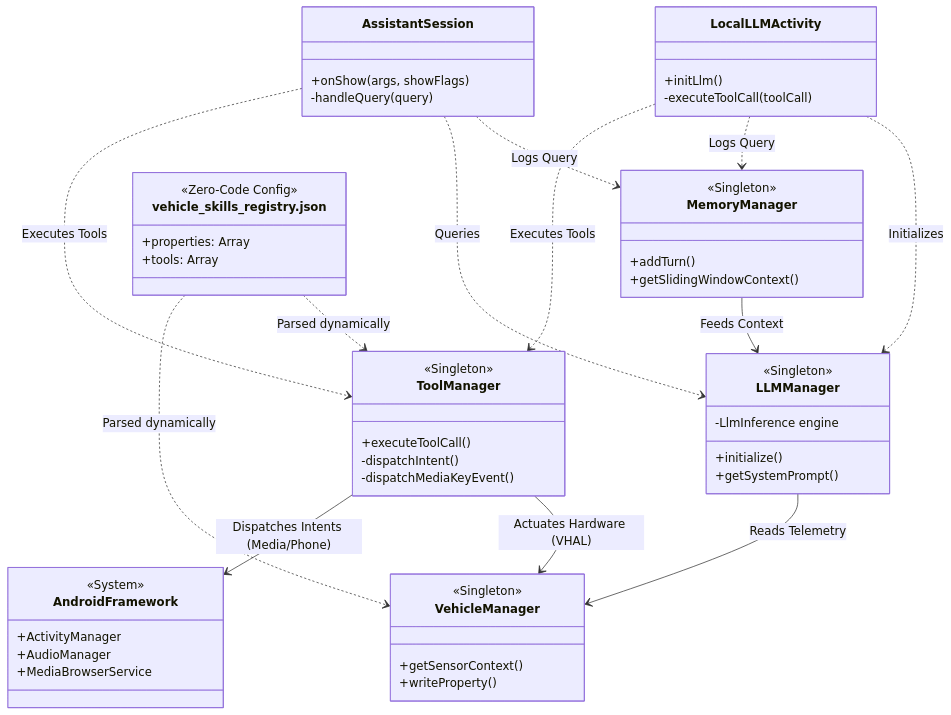
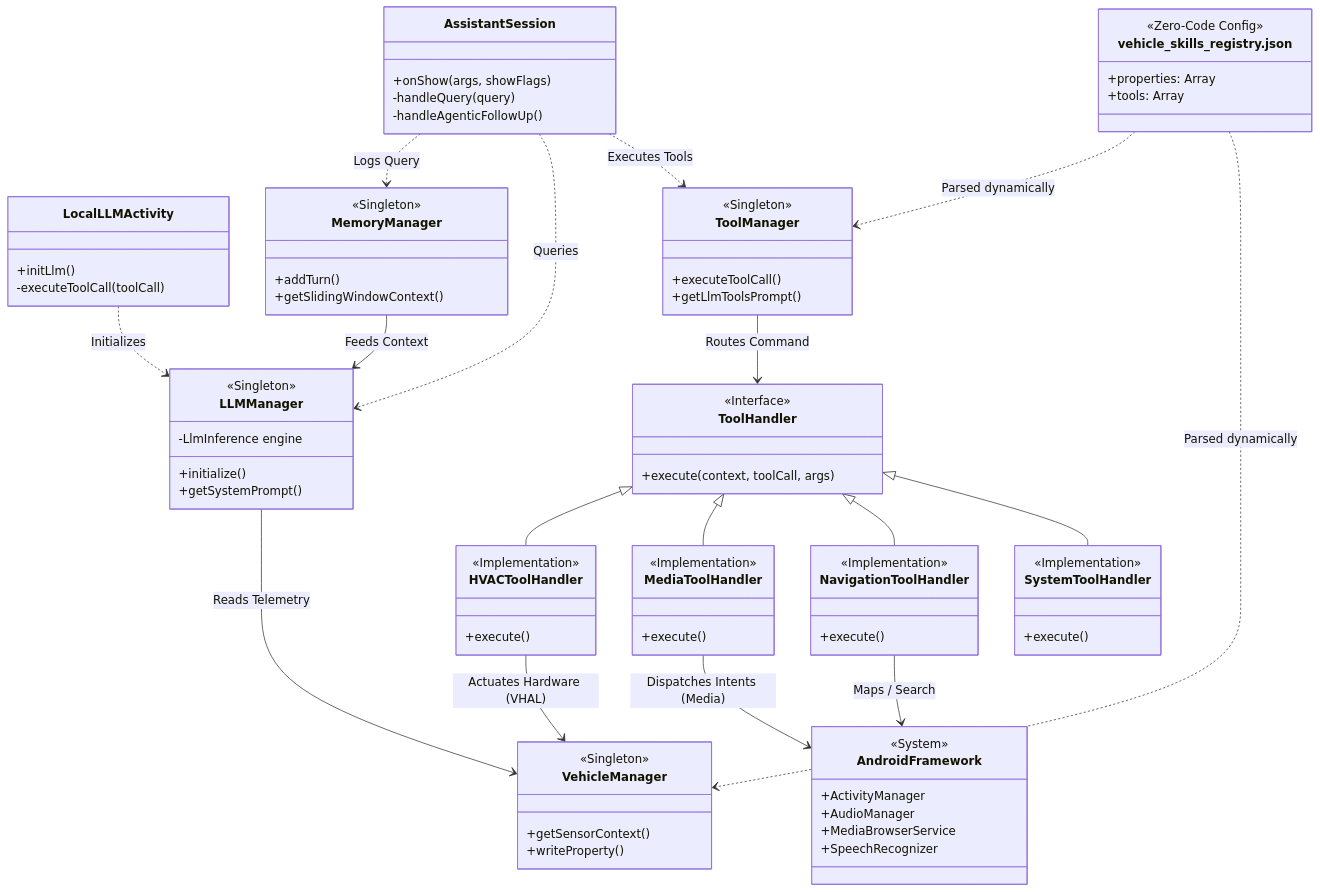
One commit to hemangpandhi/ai-assistant changed the fourth of 5 diagrams in ARCHITECTURE.md. Above: the diagram before and after it, drawn with Mermaid. The commit also changed 8 other files, not shown here.

Commit message:
Final Stabilization: Fixed UI typewriter synch, fixed agentic loop microphone timeouts, updated keywords, and added comprehensive agentic flow documentation

```diff
--- a/ARCHITECTURE.md
+++ b/ARCHITECTURE.md
@@ -233,6 +233,7 @@
     class AssistantSession {
         +onShow(args, showFlags)
         -handleQuery(query)
+        -handleAgenticFollowUp()
     }
 
     class LLMManager {
@@ -245,8 +246,32 @@
     class ToolManager {
         <<Singleton>>
         +executeToolCall()
-        -dispatchIntent()
-        -dispatchMediaKeyEvent()
+        +getLlmToolsPrompt()
+    }
+
+    class ToolHandler {
+        <<Interface>>
+        +execute(context, toolCall, args)
+    }
+
+    class HVACToolHandler {
+        <<Implementation>>
+        +execute()
+    }
+
+    class MediaToolHandler {
+        <<Implementation>>
+        +execute()
+    }
+
+    class NavigationToolHandler {
+        <<Implementation>>
+        +execute()
+    }
+
+    class SystemToolHandler {
+        <<Implementation>>
+        +execute()
     }
 
     class MemoryManager {
@@ -266,6 +291,7 @@
         +ActivityManager
         +AudioManager
         +MediaBrowserService
+        +SpeechRecognizer
     }
 
     class vehicle_skills_registry.json {
@@ -277,13 +303,17 @@
     %% Relationships
     LocalLLMActivity ..> LLMManager : Initializes
     AssistantSession ..> MemoryManager : Logs Query
-    LocalLLMActivity ..> MemoryManager : Logs Query
     MemoryManager --> LLMManager : Feeds Context
     AssistantSession ..> LLMManager : Queries
-    LocalLLMActivity ..> ToolManager : Executes Tools
     AssistantSession ..> ToolManager : Executes Tools
-    ToolManager --> VehicleManager : Actuates Hardware (VHAL)
-    ToolManager --> AndroidFramework : Dispatches Intents (Media/Phone)
+    ToolManager --> ToolHandler : Routes Command
+    ToolHandler <|-- HVACToolHandler
+    ToolHandler <|-- MediaToolHandler
+    ToolHandler <|-- NavigationToolHandler
+    ToolHandler <|-- SystemToolHandler
+    HVACToolHandler --> VehicleManager : Actuates Hardware (VHAL)
+    MediaToolHandler --> AndroidFramework : Dispatches Intents (Media)
+    NavigationToolHandler --> AndroidFramework : Maps / Search
     LLMManager --> VehicleManager : Reads Telemetry
     vehicle_skills_registry.json ..> ToolManager : Parsed dynamically
     vehicle_skills_registry.json ..> VehicleManager : Parsed dynamically
```
